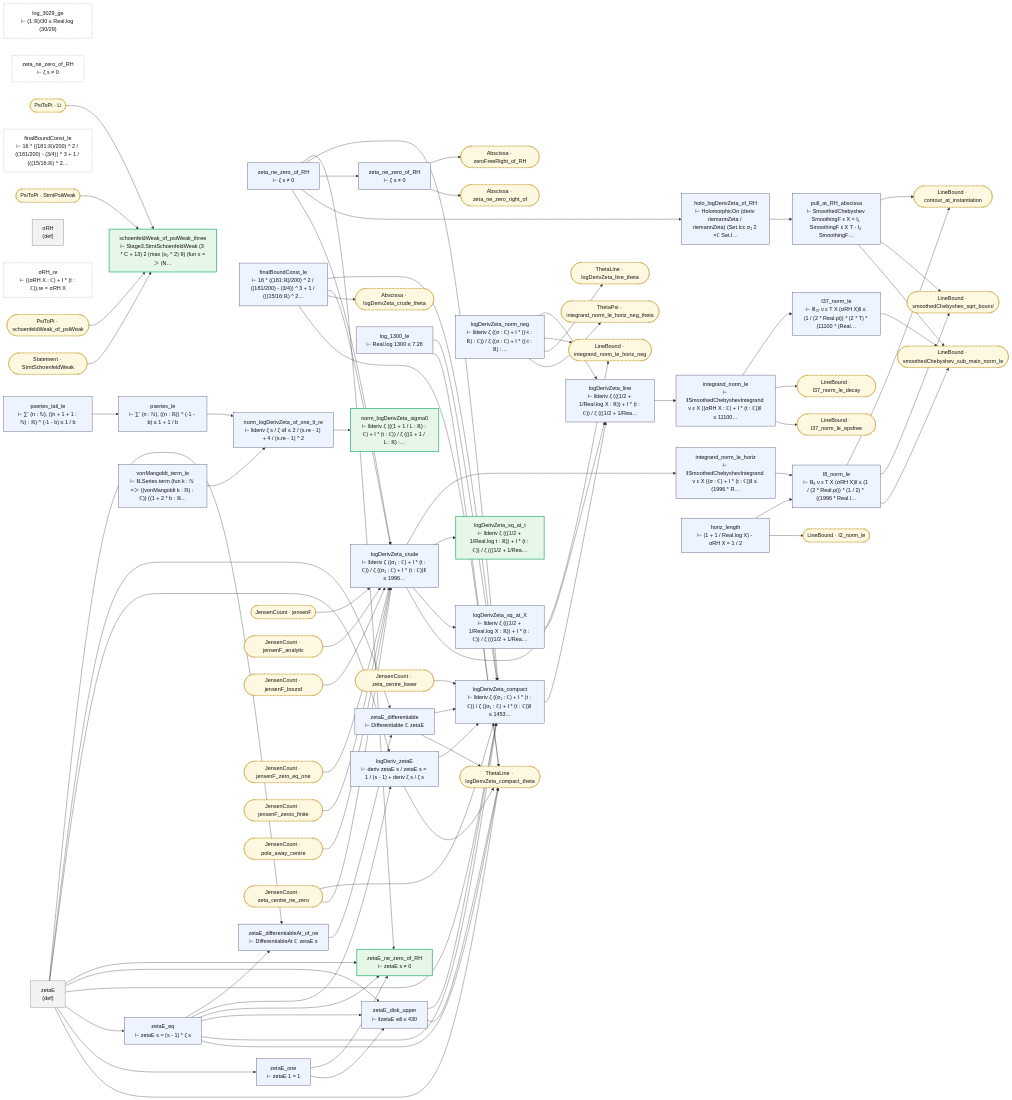
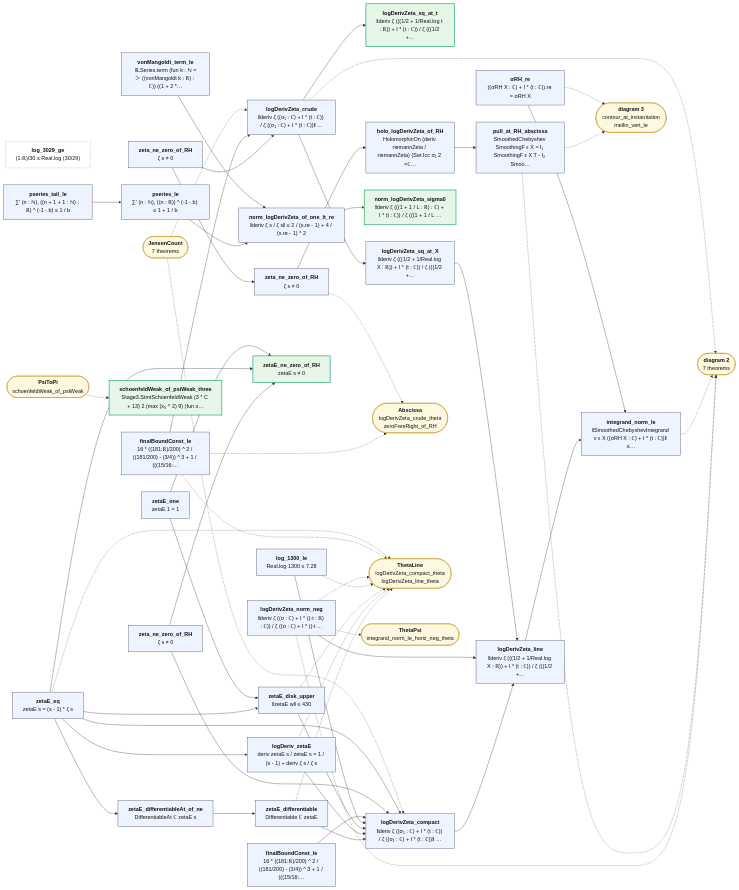
The first of 3 diagrams in map/lean_stage3/LineBound.md (juliansambranojr/Primebeat_081426), drawn with Mermaid before and after one commit. The commit also changed other lines of this file and 387 other files, not shown here.

````diff
--- a/map/lean_stage3/LineBound.md
+++ b/map/lean_stage3/LineBound.md
@@ -10,149 +14,95 @@
 ```mermaid
 flowchart LR
-  n0["zeta_ne_zero_of_RH<br/>⊢ ζ s ≠ 0"]:::thm
-  n1["log_3029_ge<br/>⊢ (1:ℝ)/30 ≤ Real.log (30/29)"]:::lone
-  n2["finalBoundConst_le<br/>⊢ 16 * ((181:ℝ)/200) ^ 2 / ((181/200) - (3/4)) ^ 3 + 1 / (((15/16:ℝ) ^ 2…"]:::thm
-  n3["logDerivZeta_crude<br/>⊢ ‖deriv ζ ((σ₁ : ℂ) + I * (t : ℂ)) / ζ ((σ₁ : ℂ) + I * (t : ℂ))‖ ≤ 1996…"]:::thm
-  n4["logDerivZeta_sq_at_t<br/>⊢ ‖deriv ζ (((1/2 + 1/Real.log t : ℝ)) + I * (t : ℂ)) / ζ (((1/2 + 1/Rea…"]:::end_
-  n5["logDerivZeta_sq_at_X<br/>⊢ ‖deriv ζ (((1/2 + 1/Real.log X : ℝ)) + I * (t : ℂ)) / ζ (((1/2 + 1/Rea…"]:::thm
-  n6["zeta_ne_zero_of_RH<br/>⊢ ζ s ≠ 0"]:::lone
-  n7["zetaE<br/>(def)"]:::dfn
-  n8["zetaE_eq<br/>⊢ zetaE s = (s - 1) * ζ s"]:::thm
-  n9["zetaE_one<br/>⊢ zetaE 1 = 1"]:::thm
-  n10["zetaE_differentiableAt_of_ne<br/>⊢ DifferentiableAt ℂ zetaE s"]:::thm
-  n11["zetaE_differentiable<br/>⊢ Differentiable ℂ zetaE"]:::thm
-  n12["logDeriv_zetaE<br/>⊢ deriv zetaE s / zetaE s = 1 / (s - 1) + deriv ζ s / ζ s"]:::thm
-  n13["zetaE_ne_zero_of_RH<br/>⊢ zetaE s ≠ 0"]:::end_
-  n14["zetaE_disk_upper<br/>⊢ ‖zetaE w‖ ≤ 430"]:::thm
-  n15["log_1300_le<br/>⊢ Real.log 1300 ≤ 7.28"]:::thm
-  n16["finalBoundConst_le<br/>⊢ 16 * ((181:ℝ)/200) ^ 2 / ((181/200) - (3/4)) ^ 3 + 1 / (((15/16:ℝ) ^ 2…"]:::lone
-  n17["logDerivZeta_compact<br/>⊢ ‖deriv ζ ((σ₁ : ℂ) + I * (t : ℂ)) / ζ ((σ₁ : ℂ) + I * (t : ℂ))‖ ≤ 1453…"]:::thm
-  n18["logDerivZeta_norm_neg<br/>⊢ ‖deriv ζ ((σ : ℂ) + I * ((-t : ℝ) : ℂ)) / ζ ((σ : ℂ) + I * ((-t : ℝ) :…"]:::thm
-  n19["logDerivZeta_line<br/>⊢ ‖deriv ζ (((1/2 + 1/Real.log X : ℝ)) + I * (t : ℂ)) / ζ (((1/2 + 1/Rea…"]:::thm
-  n20["schoenfeldWeak_of_psiWeak_three<br/>⊢ Stage3.StmtSchoenfeldWeak (3 * C + 13) 2 (max (x₀ ^ 2) 9) (fun x =＞ (N…"]:::end_
-  n21["pseries_tail_le<br/>⊢ ∑' (n : ℕ), ((n + 1 + 1 : ℕ) : ℝ) ^ (-1 - b) ≤ 1 / b"]:::thm
-  n22["pseries_le<br/>⊢ ∑' (n : ℕ), ((n : ℝ)) ^ (-1 - b) ≤ 1 + 1 / b"]:::thm
-  n23["vonMangoldt_term_le<br/>⊢ ‖LSeries.term (fun k : ℕ =＞ ((vonMangoldt k : ℝ) : ℂ)) ((1 + 2 * b : ℝ…"]:::thm
-  n24["norm_logDerivZeta_of_one_lt_re<br/>⊢ ‖deriv ζ s / ζ s‖ ≤ 2 / (s.re - 1) + 4 / (s.re - 1) ^ 2"]:::thm
-  n25["norm_logDerivZeta_sigma0<br/>⊢ ‖deriv ζ (((1 + 1 / L : ℝ) : ℂ) + I * (t : ℂ)) / ζ (((1 + 1 / L : ℝ) :…"]:::end_
-  n26["zeta_ne_zero_of_RH<br/>⊢ ζ s ≠ 0"]:::thm
-  n27["holo_logDerivZeta_of_RH<br/>⊢ HolomorphicOn (deriv riemannZeta / riemannZeta) (Set.Icc σ₁ 2 ×ℂ Set.I…"]:::thm
-  n28["pull_at_RH_abscissa<br/>⊢ SmoothedChebyshev SmoothingF ε X = I₁ SmoothingF ε X T - I₂ SmoothingF…"]:::thm
-  n29["σRH<br/>(def)"]:::dfn
-  n30["σRH_re<br/>⊢ ((σRH X : ℂ) + I * (t : ℂ)).re = σRH X"]:::lone
-  n31["integrand_norm_le<br/>⊢ ‖SmoothedChebyshevIntegrand ν ε X ((σRH X : ℂ) + I * (t : ℂ))‖ ≤ 11100…"]:::thm
-  n32["I37_norm_le<br/>⊢ ‖I₃₇ ν ε T X (σRH X)‖ ≤ (1 / (2 * Real.pi)) * (2 * T) * (11100 * (Real…"]:::thm
-  n33["integrand_norm_le_horiz<br/>⊢ ‖SmoothedChebyshevIntegrand ν ε X ((σ : ℂ) + I * (t : ℂ))‖ ≤ (1996 * R…"]:::thm
-  n34["horiz_length<br/>⊢ (1 + 1 / Real.log X) - σRH X = 1 / 2"]:::thm
-  n35["I8_norm_le<br/>⊢ ‖I₈ ν ε T X (σRH X)‖ ≤ (1 / (2 * Real.pi)) * (1 / 2) * ((1996 * Real.l…"]:::thm
-  x0(["Abscissa · logDerivZeta_crude_theta"]):::ext
-  x1(["Abscissa · zeroFreeRight_of_RH"]):::ext
-  x2(["Abscissa · zeta_ne_zero_right_of"]):::ext
-  x3(["JensenCount · jensenF"]):::ext
-  x4(["JensenCount · jensenF_analytic"]):::ext
-  x5(["JensenCount · jensenF_bound"]):::ext
-  x6(["JensenCount · jensenF_zero_eq_one"]):::ext
-  x7(["JensenCount · jensenF_zeros_finite"]):::ext
-  x8(["JensenCount · pole_away_centre"]):::ext
-  x9(["JensenCount · zeta_centre_lower"]):::ext
-  x10(["JensenCount · zeta_centre_ne_zero"]):::ext
-  x11(["LineBound · I2_norm_le"]):::ext
-  x12(["LineBound · I37_norm_le_decay"]):::ext
-  x13(["LineBound · I37_norm_le_epsfree"]):::ext
-  x14(["LineBound · contour_at_instantiation"]):::ext
-  x15(["LineBound · integrand_norm_le_horiz_neg"]):::ext
-  x16(["LineBound · smoothedChebyshev_sqrt_bound"]):::ext
-  x17(["LineBound · smoothedChebyshev_sub_main_norm_le"]):::ext
-  x18(["PsiToPi · Li"]):::ext
-  x19(["PsiToPi · StmtPsiWeak"]):::ext
-  x20(["PsiToPi · schoenfeldWeak_of_psiWeak"]):::ext
-  x21(["Statement · StmtSchoenfeldWeak"]):::ext
-  x22(["ThetaLine · logDerivZeta_compact_theta"]):::ext
-  x23(["ThetaLine · logDerivZeta_line_theta"]):::ext
-  x24(["ThetaPsi · integrand_norm_le_horiz_neg_theta"]):::ext
-  n0 --> n13
-  n0 --> n17
-  n0 --> n26
-  n0 --> n27
+  n0["<b>zeta_ne_zero_of_RH</b><br/>ζ s ≠ 0"]:::thm
+  n1["<b>log_3029_ge</b><br/>(1:ℝ)/30 ≤ Real.log (30/29)"]:::lone
+  n2["<b>finalBoundConst_le</b><br/>16 * ((181:ℝ)/200) ^ 2 / ((181/200) - (3/4)) ^ 3 + 1 / (((15/16:…"]:::thm
+  n3["<b>logDerivZeta_crude</b><br/>‖deriv ζ ((σ₁ : ℂ) + I * (t : ℂ)) / ζ ((σ₁ : ℂ) + I * (t : ℂ))‖ …"]:::thm
+  n4["<b>logDerivZeta_sq_at_t</b><br/>‖deriv ζ (((1/2 + 1/Real.log t : ℝ)) + I * (t : ℂ)) / ζ (((1/2 +…"]:::end_
+  n5["<b>logDerivZeta_sq_at_X</b><br/>‖deriv ζ (((1/2 + 1/Real.log X : ℝ)) + I * (t : ℂ)) / ζ (((1/2 +…"]:::thm
+  n6["<b>zeta_ne_zero_of_RH</b><br/>ζ s ≠ 0"]:::thm
+  n7["<b>zetaE_eq</b><br/>zetaE s = (s - 1) * ζ s"]:::thm
+  n8["<b>zetaE_one</b><br/>zetaE 1 = 1"]:::thm
+  n9["<b>zetaE_differentiableAt_of_ne</b><br/>DifferentiableAt ℂ zetaE s"]:::thm
+  n10["<b>zetaE_differentiable</b><br/>Differentiable ℂ zetaE"]:::thm
+  n11["<b>logDeriv_zetaE</b><br/>deriv zetaE s / zetaE s = 1 / (s - 1) + deriv ζ s / ζ s"]:::thm
+  n12["<b>zetaE_ne_zero_of_RH</b><br/>zetaE s ≠ 0"]:::end_
+  n13["<b>zetaE_disk_upper</b><br/>‖zetaE w‖ ≤ 430"]:::thm
+  n14["<b>log_1300_le</b><br/>Real.log 1300 ≤ 7.28"]:::thm
+  n15["<b>finalBoundConst_le</b><br/>16 * ((181:ℝ)/200) ^ 2 / ((181/200) - (3/4)) ^ 3 + 1 / (((15/16:…"]:::thm
+  n16["<b>logDerivZeta_compact</b><br/>‖deriv ζ ((σ₁ : ℂ) + I * (t : ℂ)) / ζ ((σ₁ : ℂ) + I * (t : ℂ))‖ …"]:::thm
+  n17["<b>logDerivZeta_norm_neg</b><br/>‖deriv ζ ((σ : ℂ) + I * ((-t : ℝ) : ℂ)) / ζ ((σ : ℂ) + I * ((-t …"]:::thm
+  n18["<b>logDerivZeta_line</b><br/>‖deriv ζ (((1/2 + 1/Real.log X : ℝ)) + I * (t : ℂ)) / ζ (((1/2 +…"]:::thm
+  n19["<b>schoenfeldWeak_of_psiWeak_three</b><br/>Stage3.StmtSchoenfeldWeak (3 * C + 13) 2 (max (x₀ ^ 2) 9) (fun x…"]:::end_
+  n20["<b>pseries_tail_le</b><br/>∑' (n : ℕ), ((n + 1 + 1 : ℕ) : ℝ) ^ (-1 - b) ≤ 1 / b"]:::thm
+  n21["<b>pseries_le</b><br/>∑' (n : ℕ), ((n : ℝ)) ^ (-1 - b) ≤ 1 + 1 / b"]:::thm
+  n22["<b>vonMangoldt_term_le</b><br/>‖LSeries.term (fun k : ℕ =＞ ((vonMangoldt k : ℝ) : ℂ)) ((1 + 2 *…"]:::thm
+  n23["<b>norm_logDerivZeta_of_one_lt_re</b><br/>‖deriv ζ s / ζ s‖ ≤ 2 / (s.re - 1) + 4 / (s.re - 1) ^ 2"]:::thm
+  n24["<b>norm_logDerivZeta_sigma0</b><br/>‖deriv ζ (((1 + 1 / L : ℝ) : ℂ) + I * (t : ℂ)) / ζ (((1 + 1 / L …"]:::end_
+  n25["<b>zeta_ne_zero_of_RH</b><br/>ζ s ≠ 0"]:::thm
+  n26["<b>holo_logDerivZeta_of_RH</b><br/>HolomorphicOn (deriv riemannZeta / riemannZeta) (Set.Icc σ₁ 2 ×ℂ…"]:::thm
+  n27["<b>pull_at_RH_abscissa</b><br/>SmoothedChebyshev SmoothingF ε X = I₁ SmoothingF ε X T - I₂ Smoo…"]:::thm
+  n28["<b>σRH_re</b><br/>((σRH X : ℂ) + I * (t : ℂ)).re = σRH X"]:::thm
+  n29["<b>integrand_norm_le</b><br/>‖SmoothedChebyshevIntegrand ν ε X ((σRH X : ℂ) + I * (t : ℂ))‖ ≤…"]:::thm
+  x0(["<b>Abscissa</b><br/>logDerivZeta_crude_theta<br/>zeroFreeRight_of_RH"]):::ext
+  x1(["<b>ThetaLine</b><br/>logDerivZeta_compact_theta<br/>logDerivZeta_line_theta"]):::ext
+  x2(["<b>JensenCount</b><br/>7 theorems"]):::ext
+  x3(["<b>diagram 2</b><br/>7 theorems"]):::ext
+  x4(["<b>ThetaPsi</b><br/>integrand_norm_le_horiz_neg_theta"]):::ext
+  x5(["<b>PsiToPi</b><br/>schoenfeldWeak_of_psiWeak"]):::ext
+  x6(["<b>diagram 3</b><br/>contour_at_instantiation<br/>mellin_vert_le"]):::ext
+  n0 --> n25
   n0 --> n3
-  n10 --> n11
-  n11 --> n17
-  n11 --> x22
-  n12 --> n17
-  n12 --> x22
-  n14 --> n17
-  n14 --> x22
-  n15 --> n17
-  n15 --> x22
-  n17 --> n19
-  n18 --> n19
-  n18 --> x15
-  n18 --> x23
-  n18 --> x24
-  n19 --> n31
-  n2 --> n17
+  n10 --> n16
+  n11 --> n16
+  n13 --> n16
+  n14 --> n16
+  n15 --> n16
+  n16 --> n18
+  n17 --> n18
+  n18 --> n29
   n2 --> n3
-  n2 --> x0
-  n2 --> x22
-  n21 --> n22
-  n22 --> n24
+  n20 --> n21
+  n21 --> n23
+  n22 --> n23
   n23 --> n24
-  n24 --> n25
-  n26 --> x1
-  n26 --> x2
-  n27 --> n28
-  n28 --> x14
-  n28 --> x16
-  n28 --> x17
-  n3 --> n33
+  n25 --> n26
+  n26 --> n27
+  n28 --> n29
   n3 --> n4
   n3 --> n5
-  n3 --> x15
-  n31 --> n32
-  n31 --> x12
-  n31 --> x13
-  n32 --> x17
-  n33 --> n35
-  n34 --> n35
-  n34 --> x11
-  n35 --> x14
-  n35 --> x16
-  n35 --> x17
-  n5 --> n19
-  n7 --> n10
+  n5 --> n18
+  n6 --> n12
+  n6 --> n16
   n7 --> n11
   n7 --> n12
   n7 --> n13
-  n7 --> n14
-  n7 --> n17
-  n7 --> n8
+  n7 --> n16
   n7 --> n9
-  n7 --> x22
-  n8 --> n10
   n8 --> n12
   n8 --> n13
-  n8 --> n14
-  n8 --> n17
-  n8 --> x22
-  n9 --> n13
-  n9 --> n14
-  x10 --> n17
-  x10 --> n3
-  x18 --> n20
-  x19 --> n20
-  x20 --> n20
-  x21 --> n20
-  x3 --> n3
-  x4 --> n3
-  x5 --> n3
-  x6 --> n3
-  x7 --> n3
-  x8 --> n3
-  x9 --> n17
+  n9 --> n10
+  n10 -.-> x1
+  n11 -.-> x1
+  n13 -.-> x1
+  n14 -.-> x1
+  n17 -.-> x1
+  n17 -.-> x3
+  n17 -.-> x4
+  n2 -.-> x0
+  n2 -.-> x1
+  n25 -.-> x0
+  n27 -.-> x3
+  n27 -.-> x6
+  n28 -.-> x6
+  n29 -.-> x3
+  n3 -.-> x3
+  n7 -.-> x1
+  x2 -.-> n16
+  x2 -.-> n3
+  x5 -.-> n19
   classDef thm fill:#eef4ff,stroke:#335,color:#111
-  classDef dfn fill:#f2f2f2,stroke:#777,color:#111
   classDef end_ fill:#e7f7e7,stroke:#2a7,color:#111,stroke-width:2px
   classDef lone fill:#fff,stroke:#999,color:#111,stroke-dasharray:4 3
   classDef bad fill:#ffe5e5,stroke:#c22,color:#111,stroke-width:2px
-  classDef ext fill:#fff8e1,stroke:#b80,color:#111,stroke-dasharray:2 2
+  classDef ext fill:#fff8e1,stroke:#b80,color:#111
 ```
````
